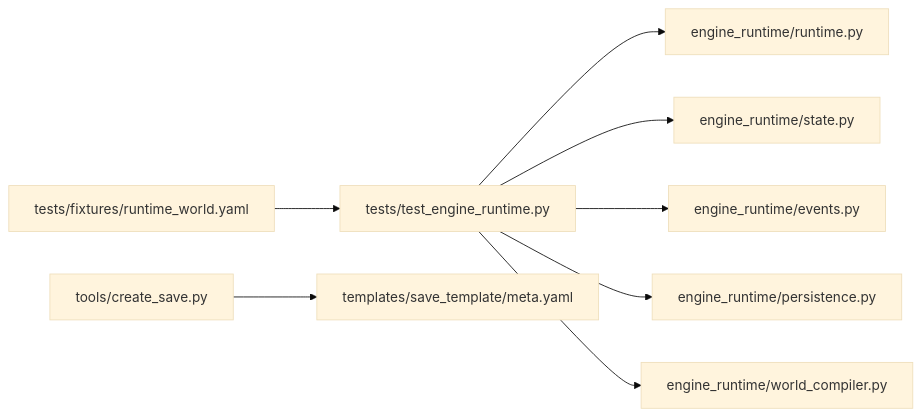
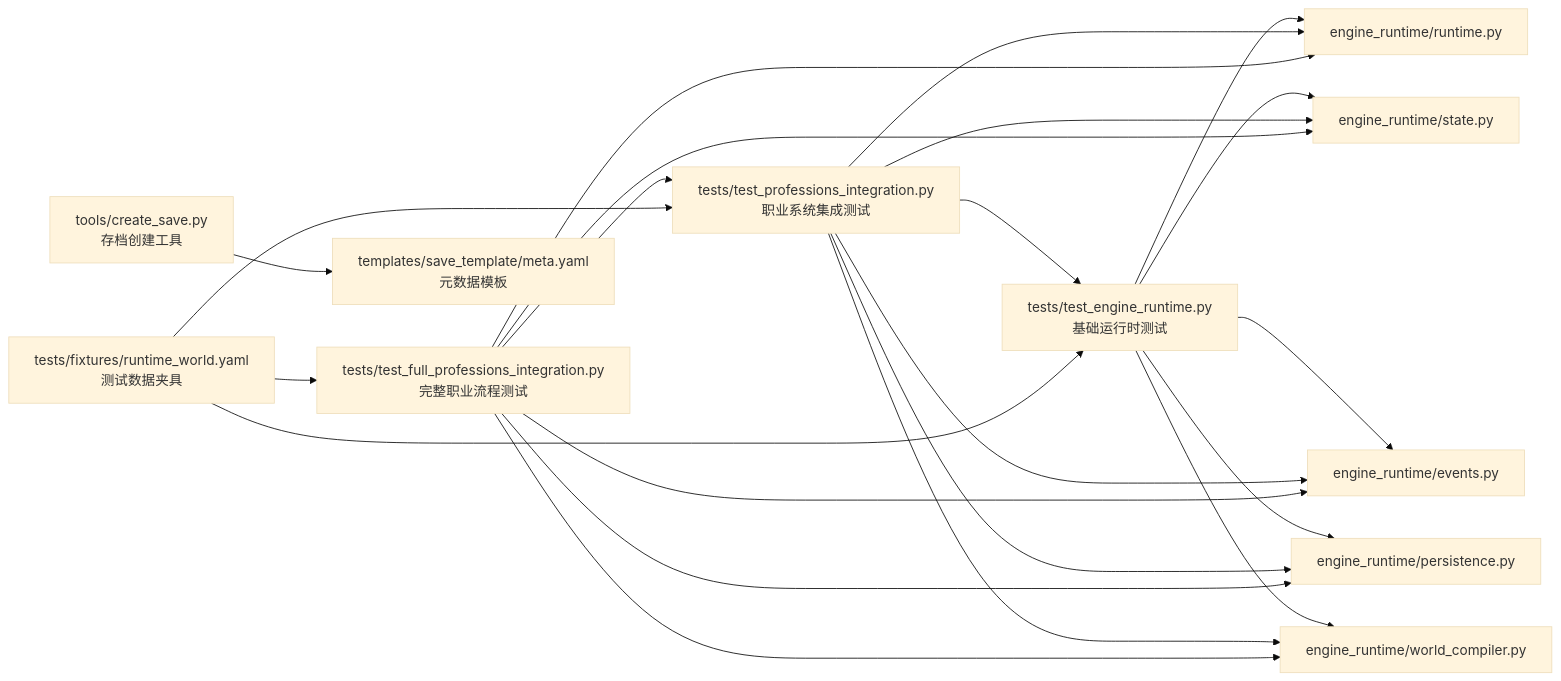
Before and after one commit to Ivandanslespace/thegreatnovel: the fourth of 4 diagrams in .qoder/repowiki/zh/content/测试指南.md, drawn with Mermaid (base theme). The commit also changed other lines of this file and 264 other files, not shown here.

````diff
--- a/.qoder/repowiki/zh/content/测试指南.md
+++ b/.qoder/repowiki/zh/content/测试指南.md
@@ -311,10 +407,24 @@
 ```mermaid
 graph LR
-T["tests/test_engine_runtime.py"] --> RT["engine_runtime/runtime.py"]
+T["tests/test_engine_runtime.py<br/>基础运行时测试"] --> RT["engine_runtime/runtime.py"]
 T --> ST["engine_runtime/state.py"]
 T --> EV["engine_runtime/events.py"]
 T --> PS["engine_runtime/persistence.py"]
 T --> WC["engine_runtime/world_compiler.py"]
-FX["tests/fixtures/runtime_world.yaml"] --> T
-CS["tools/create_save.py"] --> TM["templates/save_template/meta.yaml"]
+TP["tests/test_professions_integration.py<br/>职业系统集成测试"] --> T
+TP --> RT
+TP --> ST
+TP --> EV
+TP --> PS
+TP --> WC
+TFP["tests/test_full_professions_integration.py<br/>完整职业流程测试"] --> TP
+TFP --> RT
+TFP --> ST
+TFP --> EV
+TFP --> PS
+TFP --> WC
+FX["tests/fixtures/runtime_world.yaml<br/>测试数据夹具"] --> T
+FX --> TP
+FX --> TFP
+CS["tools/create_save.py<br/>存档创建工具"] --> TM["templates/save_template/meta.yaml<br/>元数据模板"]
 ```
````
